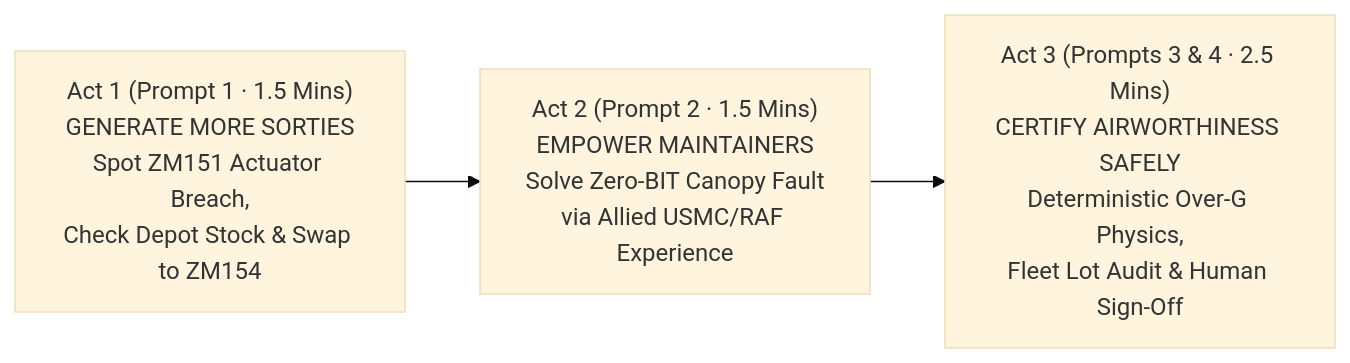
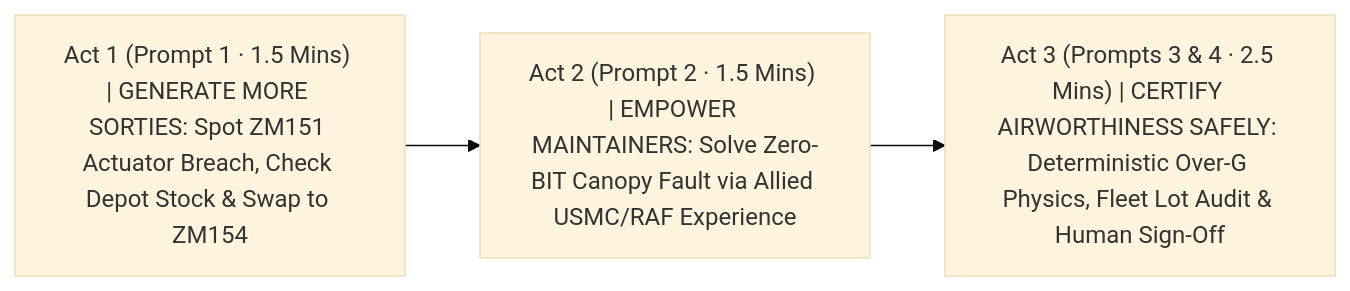
The first of 4 diagrams in DEMO_STORYBOARD.md (edwardsda-prog/f35), drawn with Mermaid (base theme) before and after one commit. The commit also changed other lines of this file, not shown here.

Commit message:
docs(storyboard): add Mermaid storyboard flowcharts to each Act in DEMO_STORYBOARD.md

````diff
--- a/DEMO_STORYBOARD.md
+++ b/DEMO_STORYBOARD.md
@@ -27,5 +27,5 @@
 ```mermaid
 flowchart LR
-    A1["Act 1 (Prompt 1 · 1.5 Mins)<br/>GENERATE MORE SORTIES<br/>Spot ZM151 Actuator Breach,<br/>Check Depot Stock & Swap to ZM154"] --> A2["Act 2 (Prompt 2 · 1.5 Mins)<br/>EMPOWER MAINTAINERS<br/>Solve Zero-BIT Canopy Fault<br/>via Allied USMC/RAF Experience"]
-    A2 --> A3["Act 3 (Prompts 3 & 4 · 2.5 Mins)<br/>CERTIFY AIRWORTHINESS SAFELY<br/>Deterministic Over-G Physics,<br/>Fleet Lot Audit & Human Sign-Off"]
+    A1["Act 1 (Prompt 1 · 1.5 Mins) | GENERATE MORE SORTIES: Spot ZM151 Actuator Breach, Check Depot Stock & Swap to ZM154"] --> A2["Act 2 (Prompt 2 · 1.5 Mins) | EMPOWER MAINTAINERS: Solve Zero-BIT Canopy Fault via Allied USMC/RAF Experience"]
+    A2 --> A3["Act 3 (Prompts 3 & 4 · 2.5 Mins) | CERTIFY AIRWORTHINESS SAFELY: Deterministic Over-G Physics, Fleet Lot Audit & Human Sign-Off"]
 ```
````
